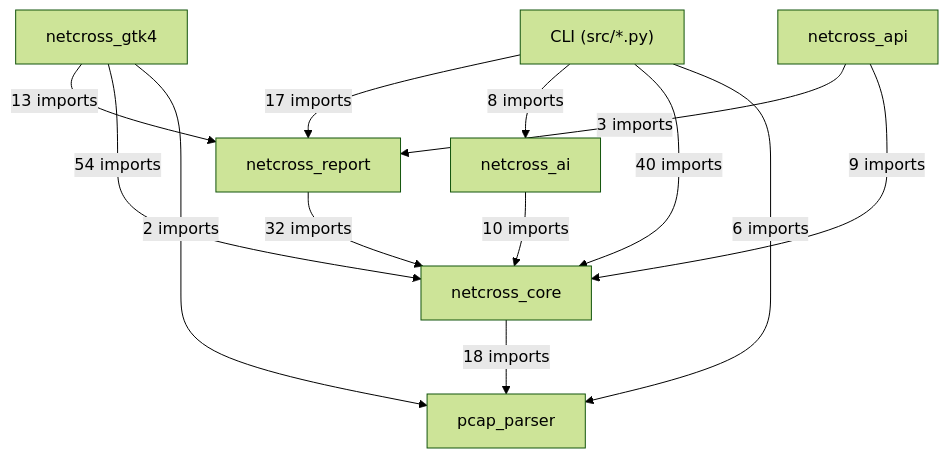
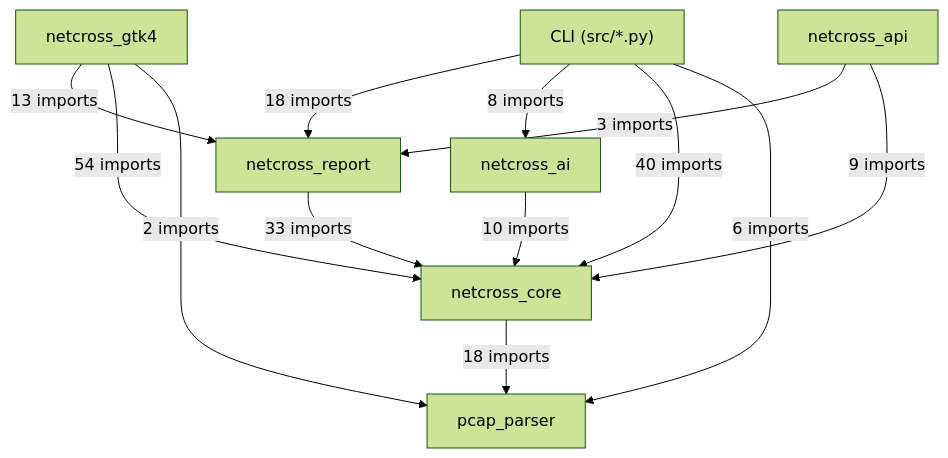
Before and after one commit to Mathide-Team/Netcross: the first of 19 diagrams in docs/class-diagram.md, drawn with Mermaid (forest theme). The commit also changed other lines of this file and 1 other file, not shown here.

Commit message:
docs(#761): met à jour parite-surfaces.md et class-diagram.md pour --md-report

````diff
--- a/docs/class-diagram.md
+++ b/docs/class-diagram.md
@@ -26,22 +26,22 @@
 ```mermaid
 flowchart TD
     CLI["CLI (src/*.py)"]
     netcross_gtk4["netcross_gtk4"]
     netcross_api["netcross_api"]
     netcross_report["netcross_report"]
     netcross_ai["netcross_ai"]
     netcross_core["netcross_core"]
     pcap_parser["pcap_parser"]
-    CLI -->|"17 imports"| netcross_report
+    CLI -->|"18 imports"| netcross_report
     CLI -->|"8 imports"| netcross_ai
     CLI -->|"40 imports"| netcross_core
     CLI -->|"6 imports"| pcap_parser
     netcross_gtk4 -->|"13 imports"| netcross_report
     netcross_gtk4 -->|"54 imports"| netcross_core
     netcross_gtk4 -->|"2 imports"| pcap_parser
     netcross_api -->|"3 imports"| netcross_report
     netcross_api -->|"9 imports"| netcross_core
-    netcross_report -->|"32 imports"| netcross_core
+    netcross_report -->|"33 imports"| netcross_core
     netcross_ai -->|"10 imports"| netcross_core
     netcross_core -->|"18 imports"| pcap_parser
 ```
````
